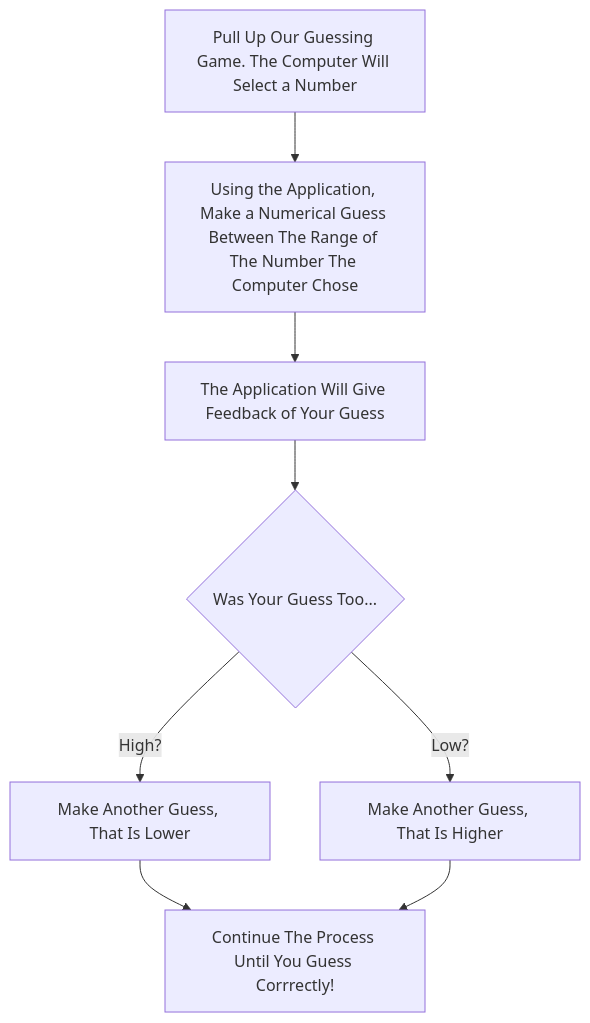
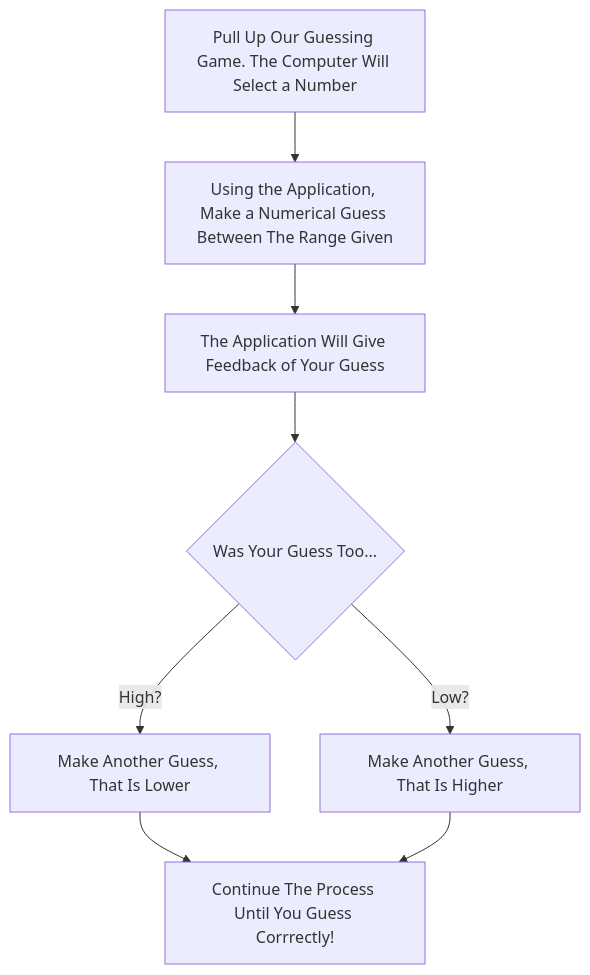
Before and after one commit to isagar930/isagar930.github.io: the diagram in README.md, drawn with Mermaid. The commit also changed other lines of this file, not shown here.

````diff
--- a/README.md
+++ b/README.md
@@ -21,9 +21,9 @@
 ```mermaid
 flowchart TD
-A[Pull Up Our Guessing Game. The Computer Will Select a Number] --> B[Using the Application, Make a Numerical Guess Between The Range of The Number The Computer Chose] -->
+A[Pull Up Our Guessing Game. The Computer Will Select a Number] --> B[Using the Application, Make a Numerical Guess Between The Range Given] -->
 C[The Application Will Give Feedback of Your Guess]
 --> D{Was Your Guess Too...}
 D --> |High?| E[Make Another Guess, That Is Lower] --> G
 D --> |Low?| F[Make Another Guess, That Is Higher] -->
 G[Continue The Process Until You Guess Corrrectly!]
 ```
````
